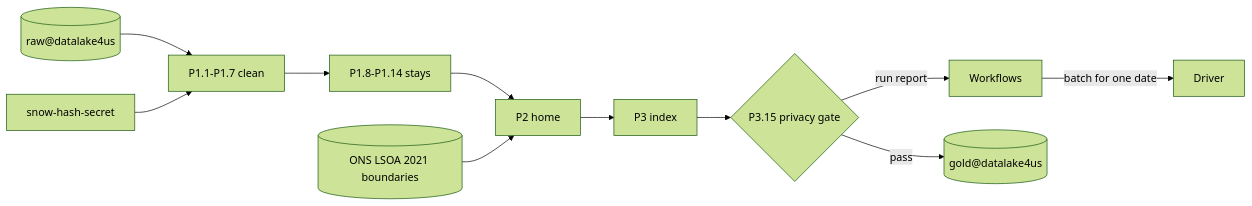
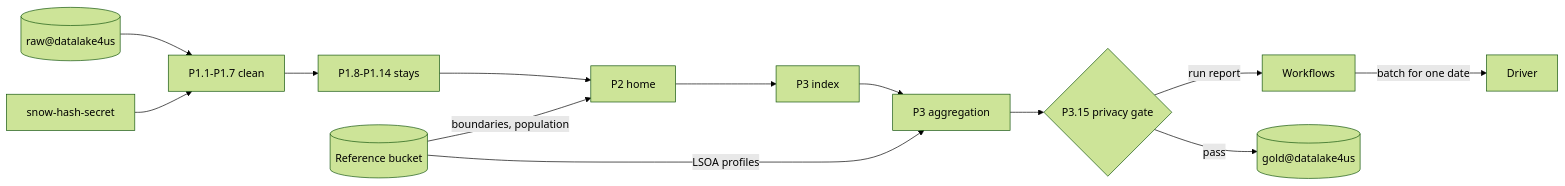
One commit to N0TSU5/4space-sysdiagram changed the first of 2 diagrams in content/snow/orion/dataproc.md. Above: the diagram before and after it, drawn with Mermaid (forest theme). The commit also changed other lines of this file and 9 other files, not shown here.

````diff
--- a/content/snow/orion/dataproc.md
+++ b/content/snow/orion/dataproc.md
@@ -13,13 +14,15 @@
 ```mermaid
 flowchart LR
   WF["Workflows"] -->|"batch for one date"| DR["Driver"]
   RAW[("raw@datalake4us")] --> S1["P1.1-P1.7 clean"]
   KEY["snow-hash-secret"] --> S1
   S1 --> S2["P1.8-P1.14 stays"]
   S2 --> S3["P2 home"]
-  LSOA[("ONS LSOA 2021 boundaries")] --> S3
+  REF[("Reference bucket")] -->|"boundaries, population"| S3
   S3 --> S4["P3 index"]
-  S4 --> S5{"P3.15 privacy gate"}
+  S4 --> SA["P3 aggregation"]
+  REF -->|"LSOA profiles"| SA
+  SA --> S5{"P3.15 privacy gate"}
   S5 -->|"pass"| G[("gold@datalake4us")]
   S5 -->|"run report"| WF
 ```
````
